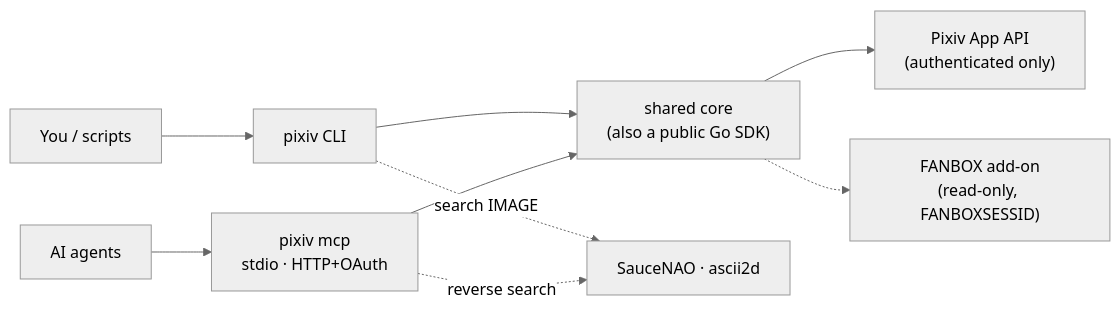
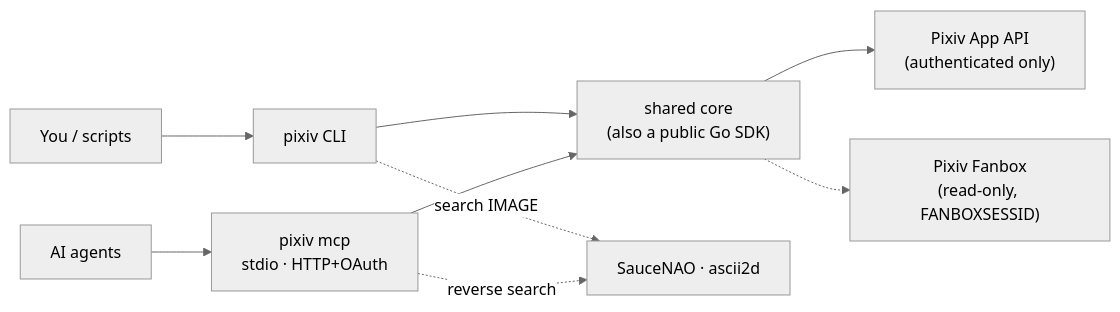
Before and after one commit to FlanChanXwO/pixiv-cli: the first of 3 diagrams in README.md, drawn with Mermaid (neutral theme). The commit also changed other lines of this file and 3 other files, not shown here.

First line of the commit message:
docs: drop README accounts section and name Pixiv Fanbox plainly

````diff
--- a/README.md
+++ b/README.md
@@ -19,11 +19,11 @@
 ```mermaid
 flowchart LR
     U["You / scripts"] --> CLI["pixiv CLI"]
     A["AI agents"] --> MCP["pixiv mcp<br/>stdio · HTTP+OAuth"]
     CLI --> SDK["shared core<br/>(also a public Go SDK)"]
     MCP --> SDK
     SDK --> PX["Pixiv App API<br/>(authenticated only)"]
-    SDK -.-> FB["FANBOX add-on<br/>(read-only, FANBOXSESSID)"]
+    SDK -.-> FB["Pixiv Fanbox<br/>(read-only, FANBOXSESSID)"]
     CLI -.->|"search IMAGE"| RS["SauceNAO · ascii2d"]
     MCP -.->|"reverse search"| RS
 ```
````
